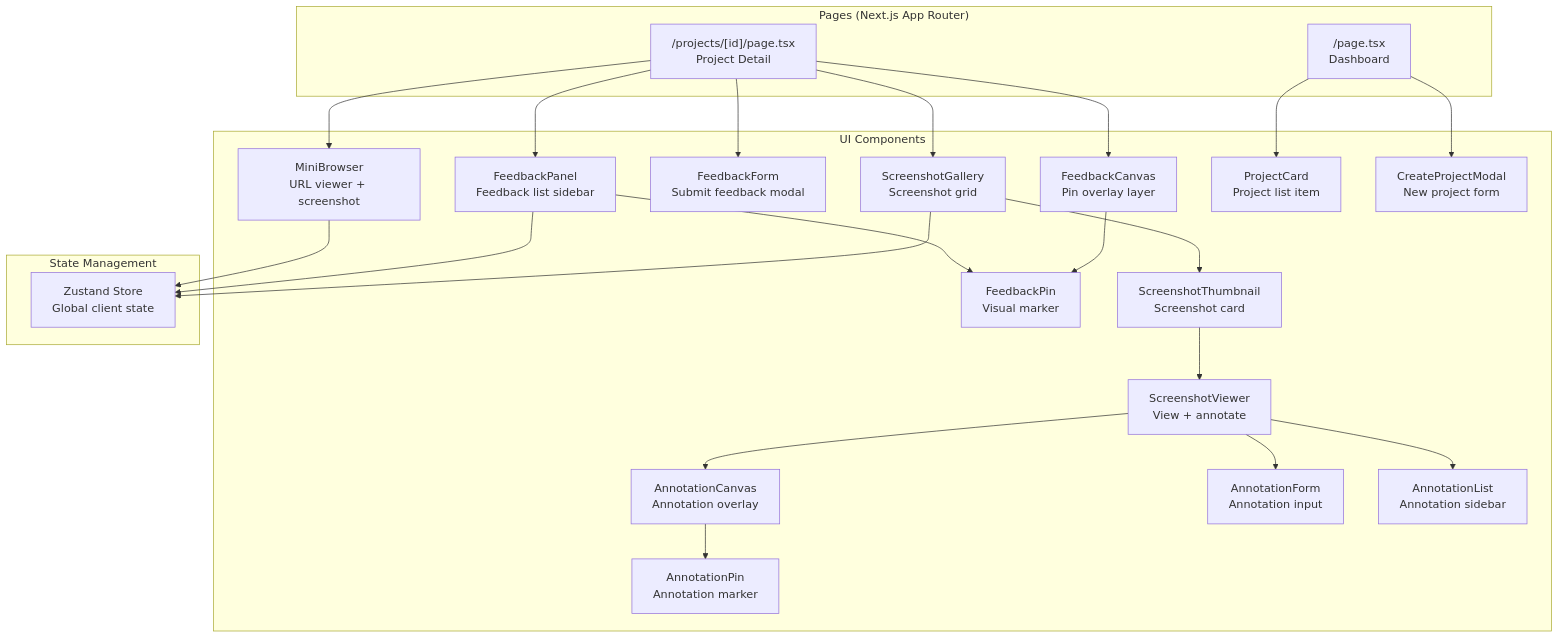
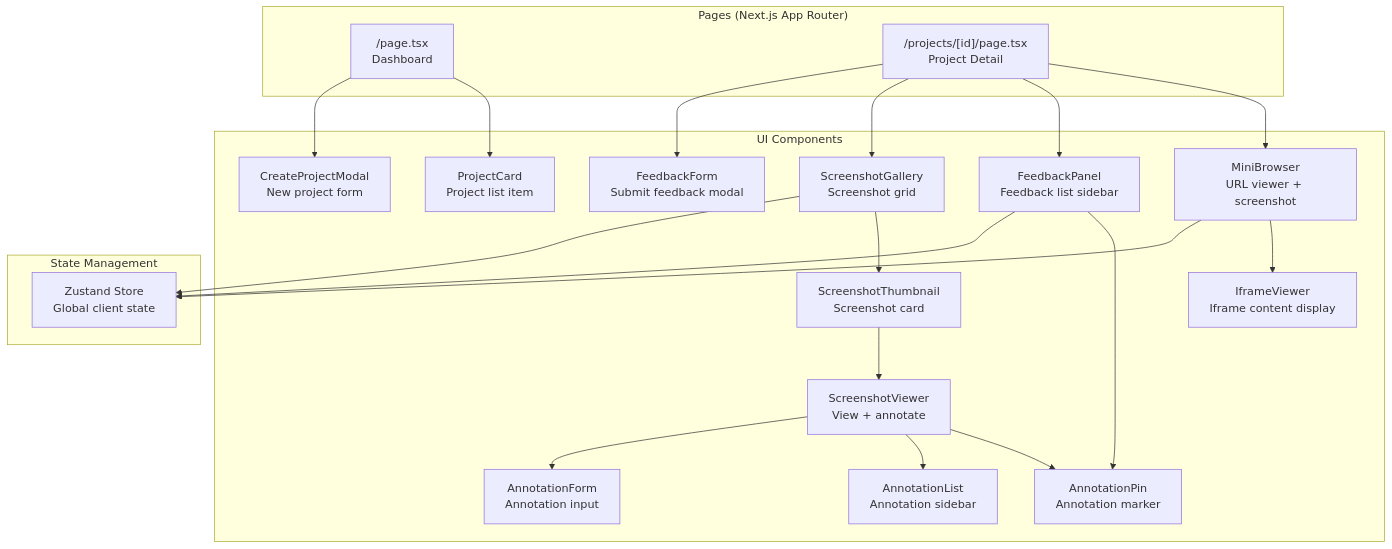
Before and after one commit to xKarinSan/SnapFeed: the third of 10 diagrams in docs/DIAGRAMS.md, drawn with Mermaid. The commit also changed other lines of this file and 10 other files, not shown here.

First line of the commit message:
refactor: rename to SnapFeed and simplify single-user architecture

````diff
--- a/docs/DIAGRAMS.md
+++ b/docs/DIAGRAMS.md
@@ -91,50 +91,46 @@
 ```mermaid
 flowchart TB
     subgraph Pages["Pages (Next.js App Router)"]
         dashboard["/page.tsx<br/>Dashboard"]
         project["/projects/[id]/page.tsx<br/>Project Detail"]
     end
 
     subgraph Components["UI Components"]
         minibrowser["MiniBrowser<br/>URL viewer + screenshot"]
         feedbackpanel["FeedbackPanel<br/>Feedback list sidebar"]
         feedbackform["FeedbackForm<br/>Submit feedback modal"]
-        feedbackcanvas["FeedbackCanvas<br/>Pin overlay layer"]
-        feedbackpin["FeedbackPin<br/>Visual marker"]
         screenshotgallery["ScreenshotGallery<br/>Screenshot grid"]
         screenshotviewer["ScreenshotViewer<br/>View + annotate"]
         screenshotthumbnail["ScreenshotThumbnail<br/>Screenshot card"]
-        annotationcanvas["AnnotationCanvas<br/>Annotation overlay"]
         annotationpin["AnnotationPin<br/>Annotation marker"]
         annotationform["AnnotationForm<br/>Annotation input"]
         annotationlist["AnnotationList<br/>Annotation sidebar"]
         projectcard["ProjectCard<br/>Project list item"]
         createmodal["CreateProjectModal<br/>New project form"]
+        iframeviewer["IframeViewer<br/>Iframe content display"]
     end
 
     subgraph State["State Management"]
         zustand["Zustand Store<br/>Global client state"]
     end
 
     dashboard --> projectcard
     dashboard --> createmodal
     project --> minibrowser
     project --> feedbackpanel
-    project --> feedbackcanvas
     project --> screenshotgallery
     project --> feedbackform
 
-    feedbackpanel --> feedbackpin
-    feedbackcanvas --> feedbackpin
+    minibrowser --> iframeviewer
+    feedbackpanel --> annotationpin
 
     screenshotgallery --> screenshotthumbnail
     screenshotthumbnail --> screenshotviewer
-    screenshotviewer --> annotationcanvas
+    screenshotviewer --> annotationpin
     screenshotviewer --> annotationlist
     screenshotviewer --> annotationform
-    annotationcanvas --> annotationpin
 
     minibrowser --> zustand
     feedbackpanel --> zustand
     screenshotgallery --> zustand
 ```
````
